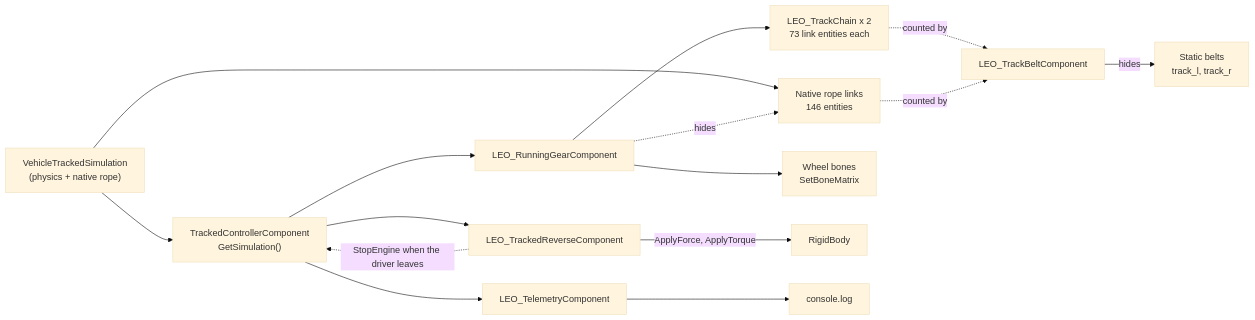
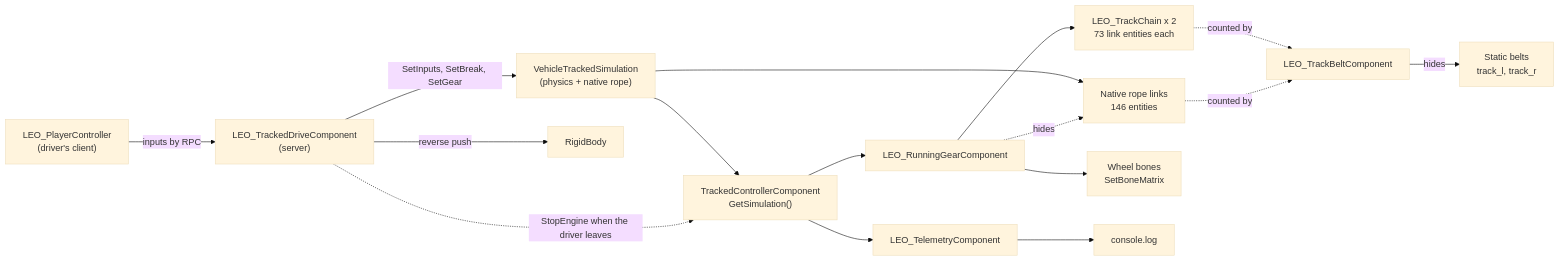
Before and after one commit to Kiichiuwu/arma-reforger-tracked-vehicle-guide: the diagram in docs/en/11-scripts.md, drawn with Mermaid (base theme). The commit also changed other lines of this file and 31 other files, not shown here.

First line of the commit message:
Kiichi Tracked System, server-driven vanilla and 1.9 Experimental

````diff
--- a/docs/en/11-scripts.md
+++ b/docs/en/11-scripts.md
@@ -22,29 +24,31 @@
 ```mermaid
 flowchart LR
     SIM["VehicleTrackedSimulation<br/>(physics + native rope)"]
     CTRL["TrackedControllerComponent<br/>GetSimulation()"]
     GEAR["LEO_RunningGearComponent"]
     CHAIN["LEO_TrackChain x 2<br/>73 link entities each"]
     NATIVE["Native rope links<br/>146 entities"]
     BONES["Wheel bones<br/>SetBoneMatrix"]
     BELT["LEO_TrackBeltComponent"]
     STATIC["Static belts<br/>track_l, track_r"]
-    REV["LEO_TrackedReverseComponent"]
+    REV["LEO_TrackedDriveComponent<br/>(server)"]
+    PC["LEO_PlayerController<br/>(driver's client)"]
     BODY["RigidBody"]
     TEL["LEO_TelemetryComponent"]
     LOG["console.log"]
     SIM --> CTRL
     SIM --> NATIVE
     CTRL --> GEAR
-    CTRL --> REV
+    PC -->|inputs by RPC| REV
+    REV -->|SetInputs, SetBreak, SetGear| SIM
     CTRL --> TEL
     GEAR --> BONES
     GEAR --> CHAIN
     GEAR -.->|hides| NATIVE
     CHAIN -.->|counted by| BELT
     NATIVE -.->|counted by| BELT
     BELT -->|hides| STATIC
-    REV -->|ApplyForce, ApplyTorque| BODY
+    REV -->|reverse push| BODY
     REV -.->|StopEngine when the driver leaves| CTRL
     TEL --> LOG
 ```
````
